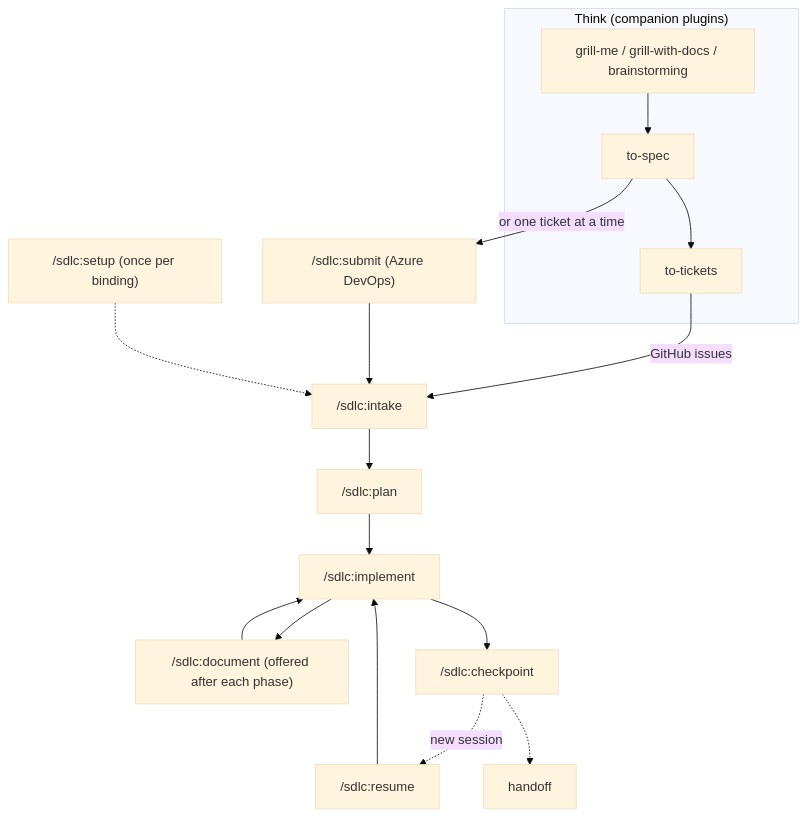
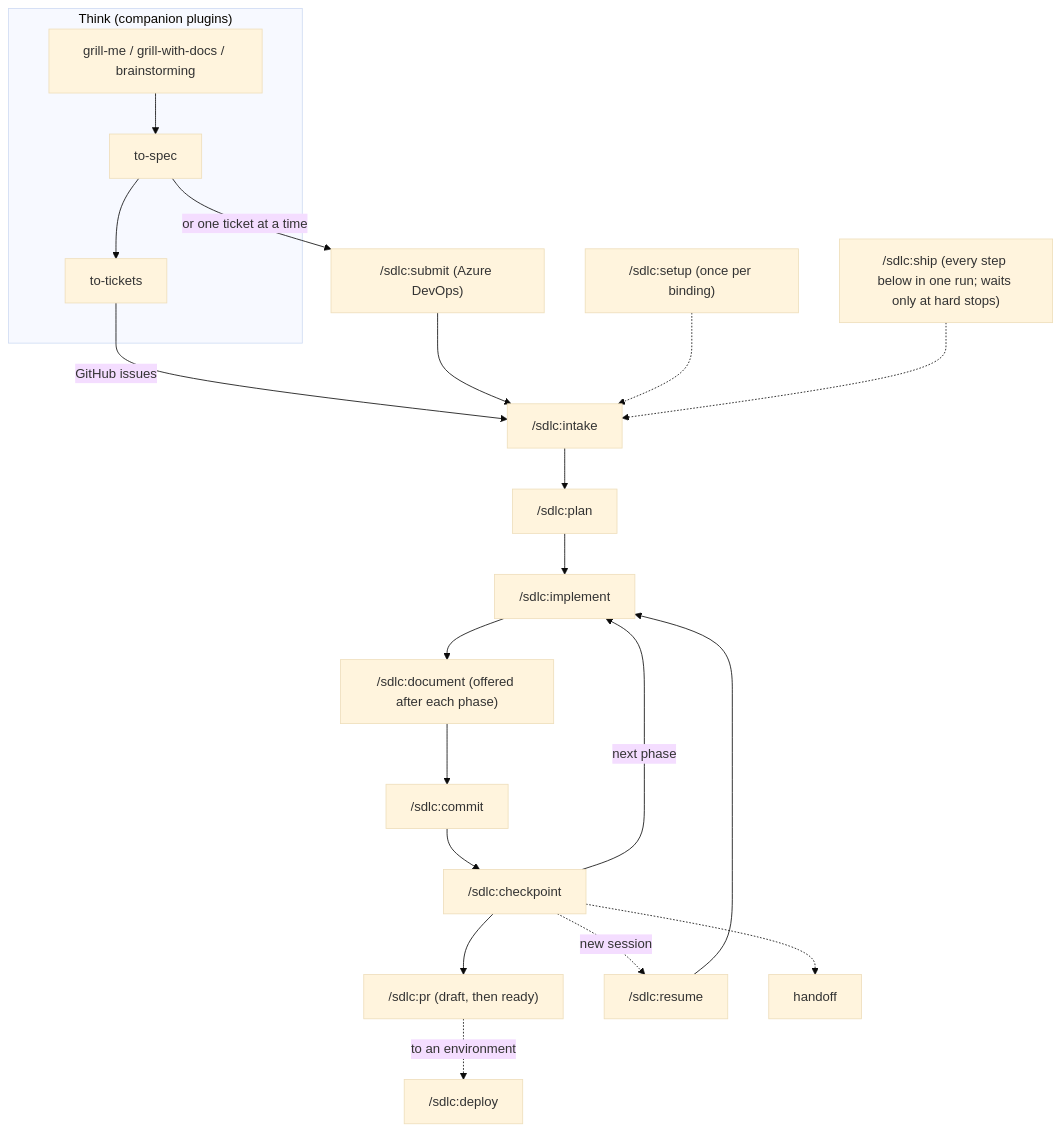
One commit to AlexCR97/.claude changed the diagram in sdlc/README.md. Above: the diagram before and after it, drawn with Mermaid (base theme). The commit also changed other lines of this file and 4 other files, not shown here.

First line of the commit message:
feat(sdlc): add /sdlc:ship

````diff
--- a/sdlc/README.md
+++ b/sdlc/README.md
@@ -27,19 +28,23 @@
 ```mermaid
 flowchart TD
     subgraph Plan["Think (companion plugins)"]
         G["grill-me / grill-with-docs / brainstorming"] --> S["to-spec"]
         S --> T["to-tickets"]
     end
     T -->|"GitHub issues"| I
     S -->|"or one ticket at a time"| SUB["/sdlc:submit (Azure DevOps)"]
     SUB --> I
     SETUP["/sdlc:setup (once per binding)"] -.-> I
+    SHIP["/sdlc:ship (every step below in one run; waits only at hard stops)"] -.-> I
     I["/sdlc:intake"] --> P["/sdlc:plan"]
     P --> M["/sdlc:implement"]
     M --> D["/sdlc:document (offered after each phase)"]
-    D --> M
-    M --> C["/sdlc:checkpoint"]
+    D --> CM["/sdlc:commit"]
+    CM --> C["/sdlc:checkpoint"]
+    C -->|"next phase"| M
+    C --> PR["/sdlc:pr (draft, then ready)"]
+    PR -.->|"to an environment"| DEP["/sdlc:deploy"]
     C -.->|"new session"| R["/sdlc:resume"]
     R --> M
     C -.-> H["handoff"]
 ```
````
